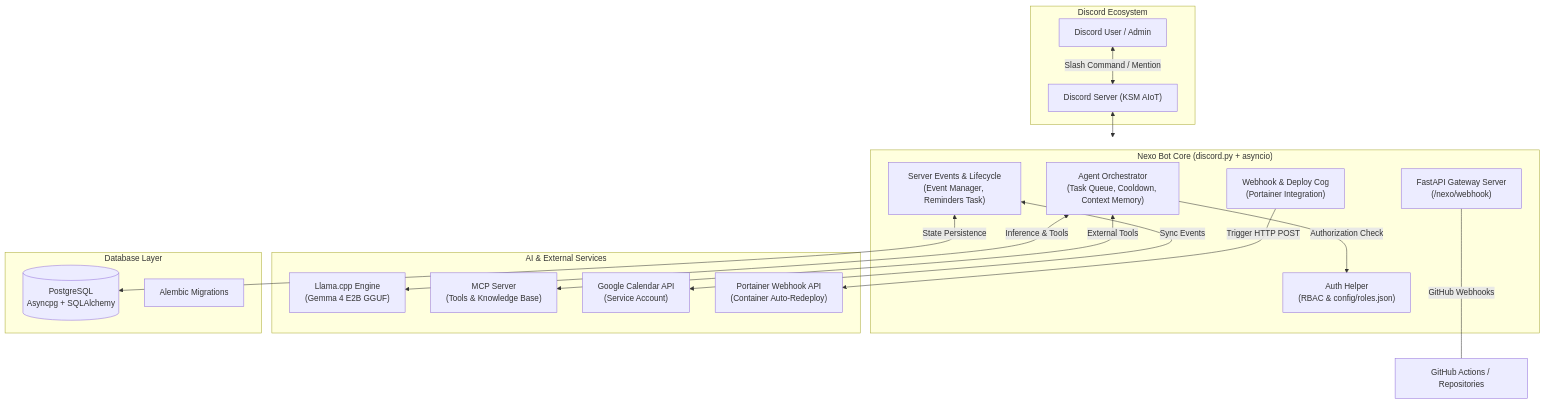
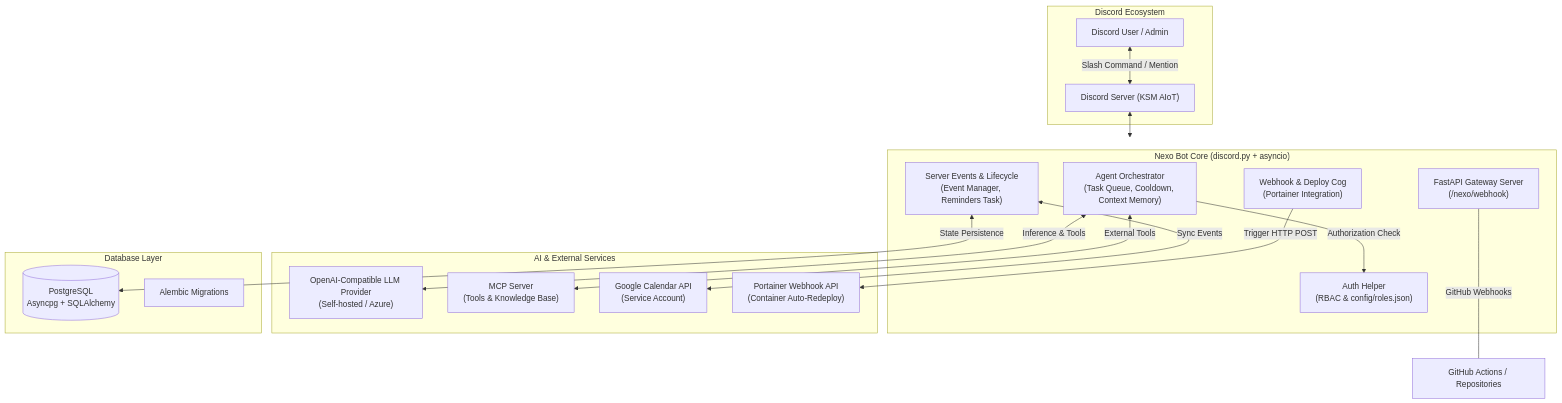
One commit to Dzoel31/nexo changed the diagram in README.md. Above: the diagram before and after it, drawn with Mermaid. The commit also changed other lines of this file and 9 other files, not shown here.

````diff
--- a/README.md
+++ b/README.md
@@ -13,40 +13,40 @@
 ```mermaid
 flowchart TB
     subgraph Discord_Ecosystem["Discord Ecosystem"]
         User["Discord User / Admin"]
         Guild["Discord Server (KSM AIoT)"]
     end
 
     subgraph Nexo_Core["Nexo Bot Core (discord.py + asyncio)"]
         Orchestrator["Agent Orchestrator\n(Task Queue, Cooldown, Context Memory)"]
         AuthHelper["Auth Helper\n(RBAC & config/roles.json)"]
         ServerEvents["Server Events & Lifecycle\n(Event Manager, Reminders Task)"]
         WebhookDeploy["Webhook & Deploy Cog\n(Portainer Integration)"]
         FastAPIGateway["FastAPI Gateway Server\n(/nexo/webhook)"]
     end
 
     subgraph AI_Infrastructure["AI & External Services"]
-        LLM["Llama.cpp Engine\n(Gemma 4 E2B GGUF)"]
+        LLM["OpenAI-Compatible LLM Provider\n(Self-hosted / Azure)"]
         MCP["MCP Server\n(Tools & Knowledge Base)"]
         GCal["Google Calendar API\n(Service Account)"]
         Portainer["Portainer Webhook API\n(Container Auto-Redeploy)"]
     end
 
     subgraph Database_Layer["Database Layer"]
         Postgres[(PostgreSQL\nAsyncpg + SQLAlchemy)]
         Alembic["Alembic Migrations"]
     end
 
     User <-->|Slash Command / Mention| Guild
     Guild <--> Nexo_Core
     FastAPIGateway <---|GitHub Webhooks| GitHub["GitHub Actions / Repositories"]
     
     Orchestrator -->|Authorization Check| AuthHelper
     Orchestrator <-->|Inference & Tools| LLM
     Orchestrator <-->|External Tools| MCP
     
     ServerEvents <-->|Sync Events| GCal
     ServerEvents <-->|State Persistence| Postgres
     
     WebhookDeploy -->|Trigger HTTP POST| Portainer
 ```
````
